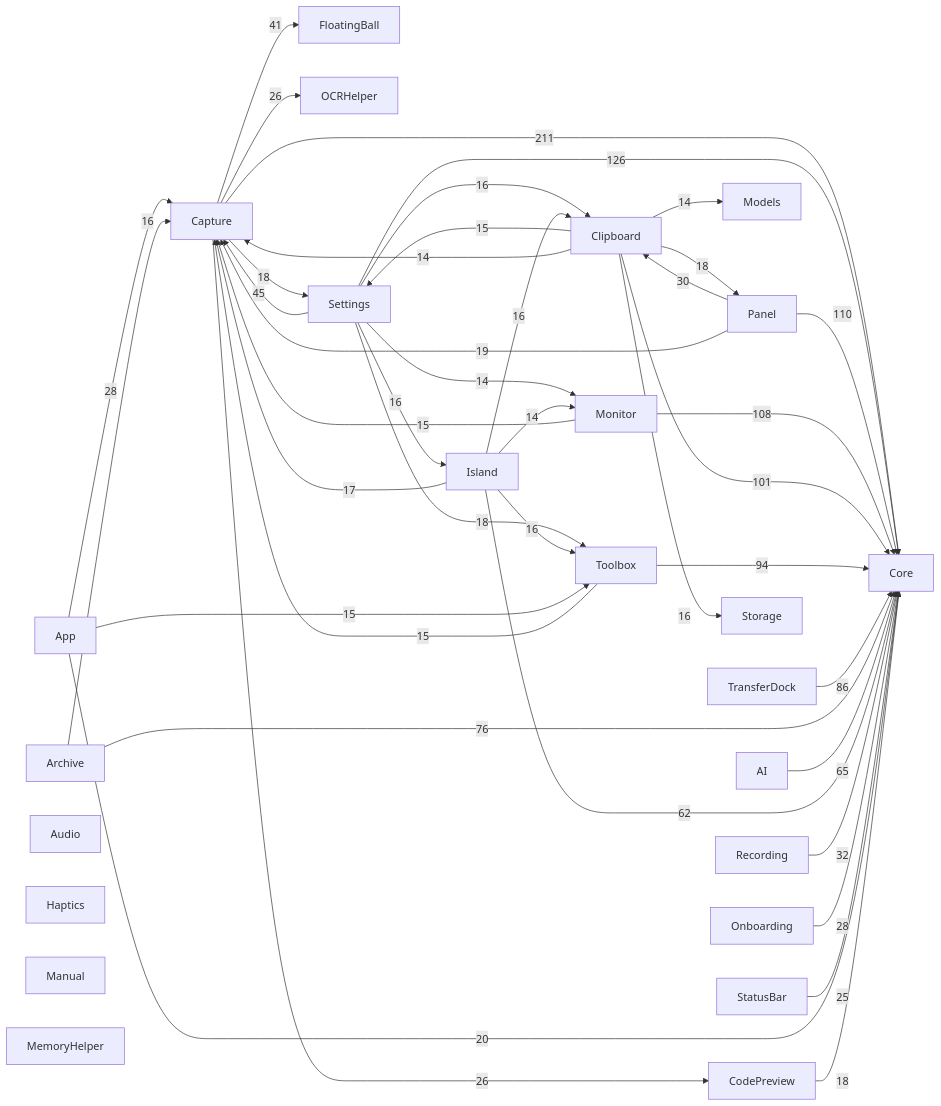
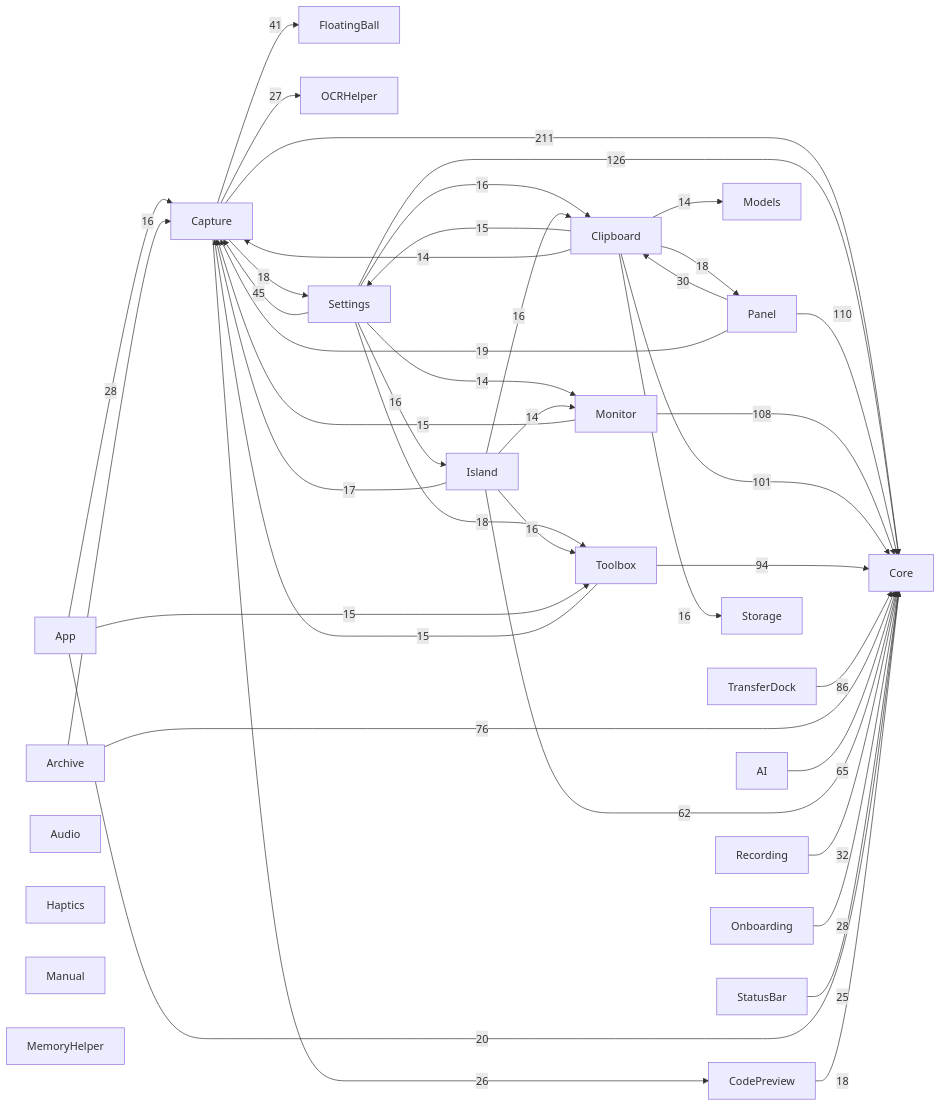
One commit to sxyq/Kitnest changed the diagram in docs/00-总览/模块依赖图.md. Above: the diagram before and after it, drawn with Mermaid. The commit also changed other lines of this file and 7 other files, not shown here.

````diff
--- a/docs/00-总览/模块依赖图.md
+++ b/docs/00-总览/模块依赖图.md
@@ -38,67 +38,67 @@
 ```mermaid
 flowchart LR
   M0["AI"]
   M1["App"]
   M2["Archive"]
   M3["Audio"]
   M4["Capture"]
   M5["Clipboard"]
   M6["CodePreview"]
   M7["Core"]
   M8["FloatingBall"]
   M9["Haptics"]
   M10["Island"]
   M11["Manual"]
   M12["MemoryHelper"]
   M13["Models"]
   M14["Monitor"]
   M15["OCRHelper"]
   M16["Onboarding"]
   M17["Panel"]
   M18["Recording"]
   M19["Settings"]
   M20["StatusBar"]
   M21["Storage"]
   M22["Toolbox"]
   M23["TransferDock"]
   M4 -->|211| M7
   M19 -->|126| M7
   M17 -->|110| M7
   M14 -->|108| M7
   M5 -->|101| M7
   M22 -->|94| M7
   M23 -->|86| M7
   M2 -->|76| M7
   M0 -->|65| M7
   M10 -->|62| M7
   M19 -->|45| M4
   M4 -->|41| M8
   M18 -->|32| M7
   M17 -->|30| M5
   M1 -->|28| M4
   M16 -->|28| M7
-  M4 -->|26| M15
+  M4 -->|27| M15
   M4 -->|26| M6
   M20 -->|25| M7
   M1 -->|20| M7
   M17 -->|19| M4
   M19 -->|18| M22
   M4 -->|18| M19
   M6 -->|18| M7
   M5 -->|18| M17
   M10 -->|17| M4
   M19 -->|16| M5
   M19 -->|16| M10
   M2 -->|16| M4
   M10 -->|16| M22
   M10 -->|16| M5
   M5 -->|16| M21
   M1 -->|15| M22
   M14 -->|15| M4
   M22 -->|15| M4
   M5 -->|15| M19
   M19 -->|14| M14
   M10 -->|14| M14
   M5 -->|14| M4
   M5 -->|14| M13
 ```
````
